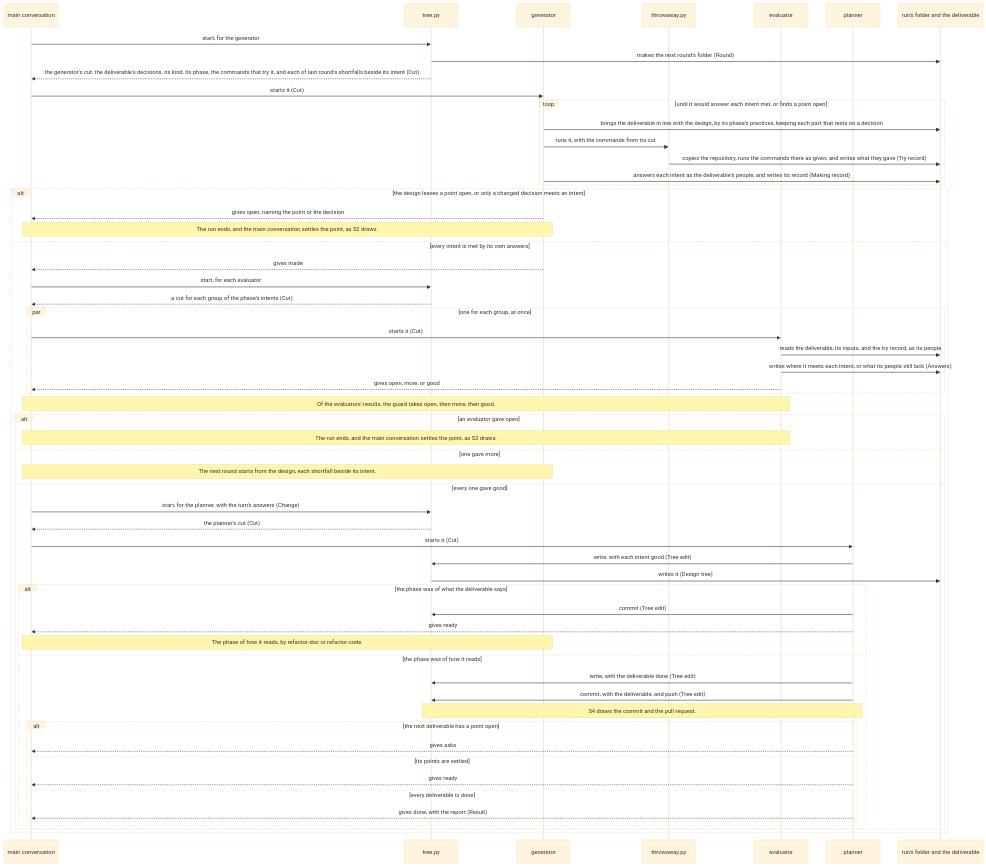
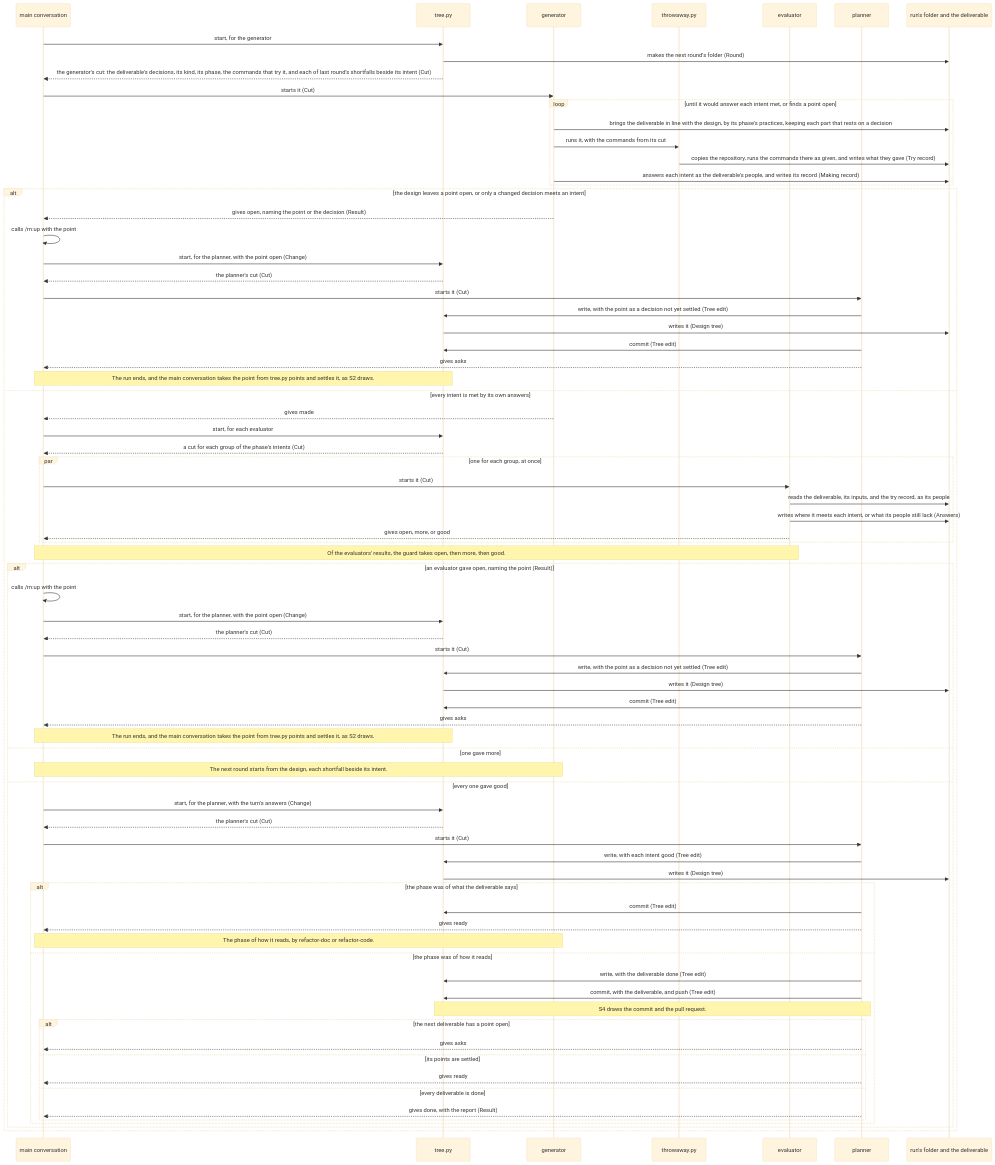
One commit to lovaizu/ccpm changed the third of 6 diagrams in dev/rn/architecture.md. Above: the diagram before and after it, drawn with Mermaid (base theme). The commit also changed other lines of this file and 6 other files, not shown here.

````diff
--- a/dev/rn/architecture.md
+++ b/dev/rn/architecture.md
@@ -485,62 +520,78 @@
 ```mermaid
 sequenceDiagram
   participant M as main conversation
   participant T as tree.py
   participant G as generator
   participant W as throwaway.py
   participant E as evaluator
   participant P as planner
   participant R as run's folder and the deliverable
   M->>T: start, for the generator
   T->>R: makes the next round's folder (Round)
   T-->>M: the generator's cut: the deliverable's decisions, its kind, its phase, the commands that try it, and each of last round's shortfalls beside its intent (Cut)
   M->>G: starts it (Cut)
   loop until it would answer each intent met, or finds a point open
     G->>R: brings the deliverable in line with the design, by its phase's practices, keeping each part that rests on a decision
     G->>W: runs it, with the commands from its cut
     W->>R: copies the repository, runs the commands there as given, and writes what they gave (Try record)
     G->>R: answers each intent as the deliverable's people, and writes its record (Making record)
   end
   alt the design leaves a point open, or only a changed decision meets an intent
-    G-->>M: gives open, naming the point or the decision
-    Note over M,G: The run ends, and the main conversation settles the point, as S2 draws.
+    G-->>M: gives open, naming the point or the decision (Result)
+    M->>M: calls /rn:up with the point
+    M->>T: start, for the planner, with the point open (Change)
+    T-->>M: the planner's cut (Cut)
+    M->>P: starts it (Cut)
+    P->>T: write, with the point as a decision not yet settled (Tree edit)
+    T->>R: writes it (Design tree)
+    P->>T: commit (Tree edit)
+    P-->>M: gives asks
+    Note over M,T: The run ends, and the main conversation takes the point from tree.py points and settles it, as S2 draws.
   else every intent is met by its own answers
     G-->>M: gives made
     M->>T: start, for each evaluator
     T-->>M: a cut for each group of the phase's intents (Cut)
     par one for each group, at once
       M->>E: starts it (Cut)
       E->>R: reads the deliverable, its inputs, and the try record, as its people
       E->>R: writes where it meets each intent, or what its people still lack (Answers)
       E-->>M: gives open, more, or good
     end
     Note over M,E: Of the evaluators' results, the guard takes open, then more, then good.
-    alt an evaluator gave open
-      Note over M,E: The run ends, and the main conversation settles the point, as S2 draws.
+    alt an evaluator gave open, naming the point (Result)
+      M->>M: calls /rn:up with the point
+      M->>T: start, for the planner, with the point open (Change)
+      T-->>M: the planner's cut (Cut)
+      M->>P: starts it (Cut)
+      P->>T: write, with the point as a decision not yet settled (Tree edit)
+      T->>R: writes it (Design tree)
+      P->>T: commit (Tree edit)
+      P-->>M: gives asks
+      Note over M,T: The run ends, and the main conversation takes the point from tree.py points and settles it, as S2 draws.
     else one gave more
       Note over M,G: The next round starts from the design, each shortfall beside its intent.
     else every one gave good
       M->>T: start, for the planner, with the turn's answers (Change)
       T-->>M: the planner's cut (Cut)
       M->>P: starts it (Cut)
       P->>T: write, with each intent good (Tree edit)
       T->>R: writes it (Design tree)
       alt the phase was of what the deliverable says
         P->>T: commit (Tree edit)
         P-->>M: gives ready
         Note over M,G: The phase of how it reads, by refactor-doc or refactor-code.
       else the phase was of how it reads
         P->>T: write, with the deliverable done (Tree edit)
         P->>T: commit, with the deliverable, and push (Tree edit)
         Note over P,T: S4 draws the commit and the pull request.
         alt the next deliverable has a point open
           P-->>M: gives asks
         else its points are settled
           P-->>M: gives ready
         else every deliverable is done
           P-->>M: gives done, with the report (Result)
         end
       end
     end
   end
 ```
````
